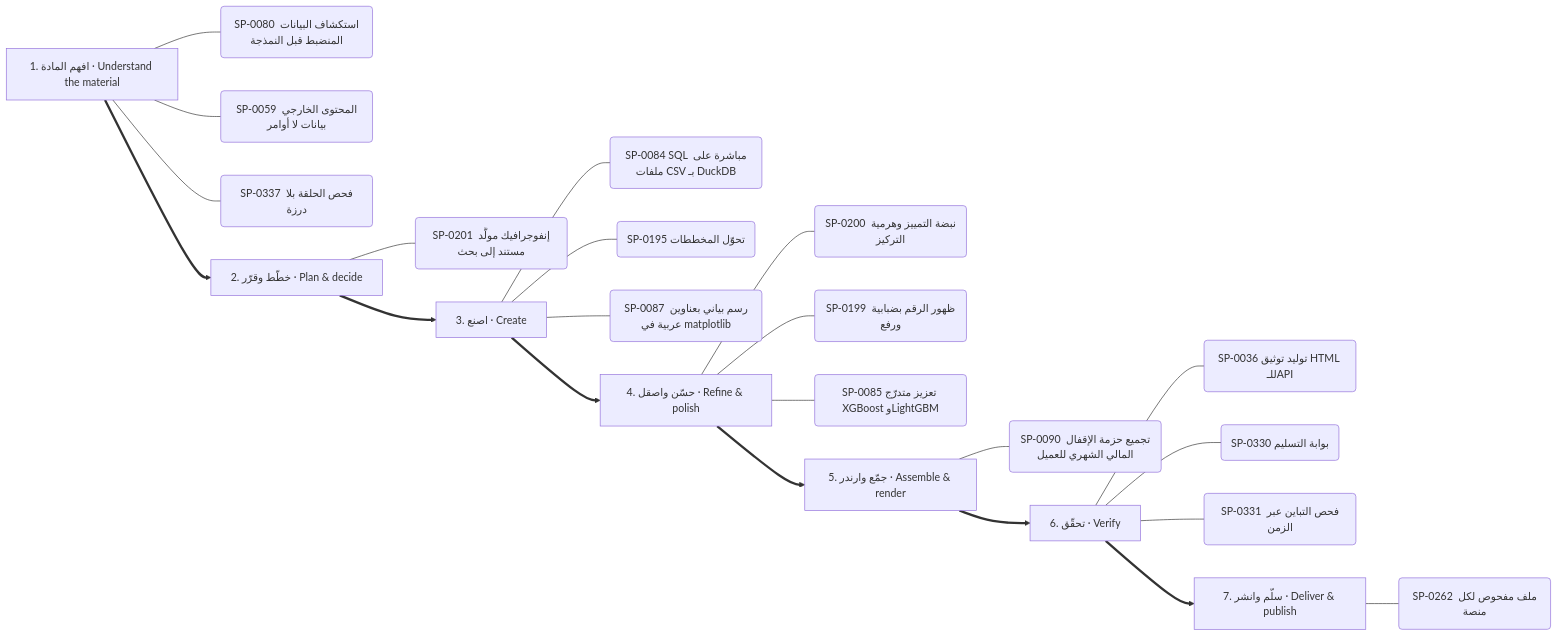
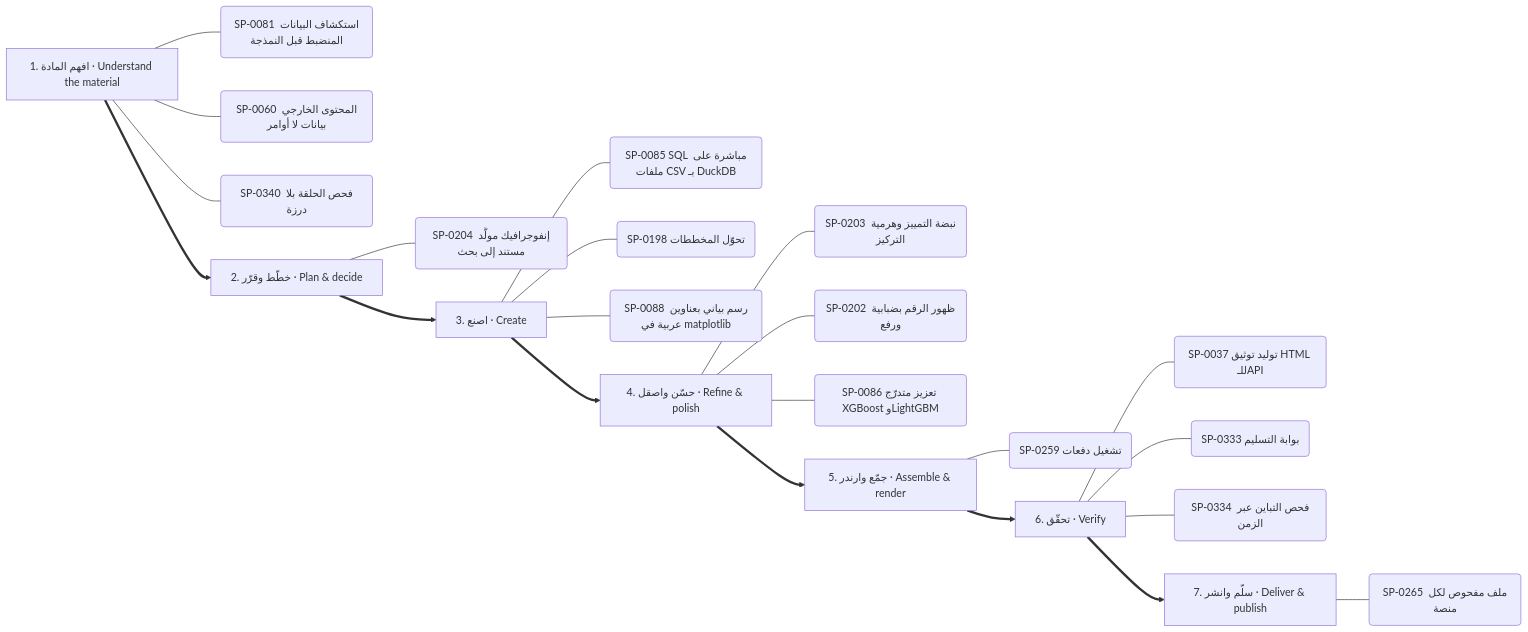
Diagram 12 of 13 in .claude/skills/kosif-superpowers/references/capability-mindmap.md (kosif199022-jpg/kosif-tool), drawn with Mermaid before and after one commit. The commit also changed other lines of this file and 46 other files, not shown here.

````diff
--- a/.claude/skills/kosif-superpowers/references/capability-mindmap.md
+++ b/.claude/skills/kosif-superpowers/references/capability-mindmap.md
@@ -592,31 +593,31 @@
 ```mermaid
 flowchart LR
   S0["1. افهم المادة · Understand the material"]
-  S0 --- S0_0("SP-0080 استكشاف البيانات المنضبط قبل النمذجة")
-  S0 --- S0_1("SP-0059 المحتوى الخارجي بيانات لا أوامر")
-  S0 --- S0_2("SP-0337 فحص الحلقة بلا درزة")
+  S0 --- S0_0("SP-0081 استكشاف البيانات المنضبط قبل النمذجة")
+  S0 --- S0_1("SP-0060 المحتوى الخارجي بيانات لا أوامر")
+  S0 --- S0_2("SP-0340 فحص الحلقة بلا درزة")
   S1["2. خطّط وقرّر · Plan & decide"]
-  S1 --- S1_0("SP-0201 إنفوجرافيك مولَّد مستند إلى بحث")
+  S1 --- S1_0("SP-0204 إنفوجرافيك مولَّد مستند إلى بحث")
   S0 ==> S1
   S2["3. اصنع · Create"]
-  S2 --- S2_0("SP-0084 SQL مباشرة على ملفات CSV بـ DuckDB")
-  S2 --- S2_1("SP-0195 تحوّل المخططات")
-  S2 --- S2_2("SP-0087 رسم بياني بعناوين عربية في matplotlib")
+  S2 --- S2_0("SP-0085 SQL مباشرة على ملفات CSV بـ DuckDB")
+  S2 --- S2_1("SP-0198 تحوّل المخططات")
+  S2 --- S2_2("SP-0088 رسم بياني بعناوين عربية في matplotlib")
   S1 ==> S2
   S3["4. حسّن واصقل · Refine & polish"]
-  S3 --- S3_0("SP-0200 نبضة التمييز وهرمية التركيز")
-  S3 --- S3_1("SP-0199 ظهور الرقم بضبابية ورفع")
-  S3 --- S3_2("SP-0085 تعزيز متدرّج XGBoost وLightGBM")
+  S3 --- S3_0("SP-0203 نبضة التمييز وهرمية التركيز")
+  S3 --- S3_1("SP-0202 ظهور الرقم بضبابية ورفع")
+  S3 --- S3_2("SP-0086 تعزيز متدرّج XGBoost وLightGBM")
   S2 ==> S3
   S4["5. جمّع وارندر · Assemble & render"]
-  S4 --- S4_0("SP-0090 تجميع حزمة الإقفال المالي الشهري للعميل")
+  S4 --- S4_0("SP-0259 تشغيل دفعات")
   S3 ==> S4
   S5["6. تحقّق · Verify"]
-  S5 --- S5_0("SP-0036 توليد توثيق HTML للـAPI")
-  S5 --- S5_1("SP-0330 بوابة التسليم")
-  S5 --- S5_2("SP-0331 فحص التباين عبر الزمن")
+  S5 --- S5_0("SP-0037 توليد توثيق HTML للـAPI")
+  S5 --- S5_1("SP-0333 بوابة التسليم")
+  S5 --- S5_2("SP-0334 فحص التباين عبر الزمن")
   S4 ==> S5
   S6["7. سلّم وانشر · Deliver & publish"]
-  S6 --- S6_0("SP-0262 ملف مفحوص لكل منصة")
+  S6 --- S6_0("SP-0265 ملف مفحوص لكل منصة")
   S5 ==> S6
 ```
````
